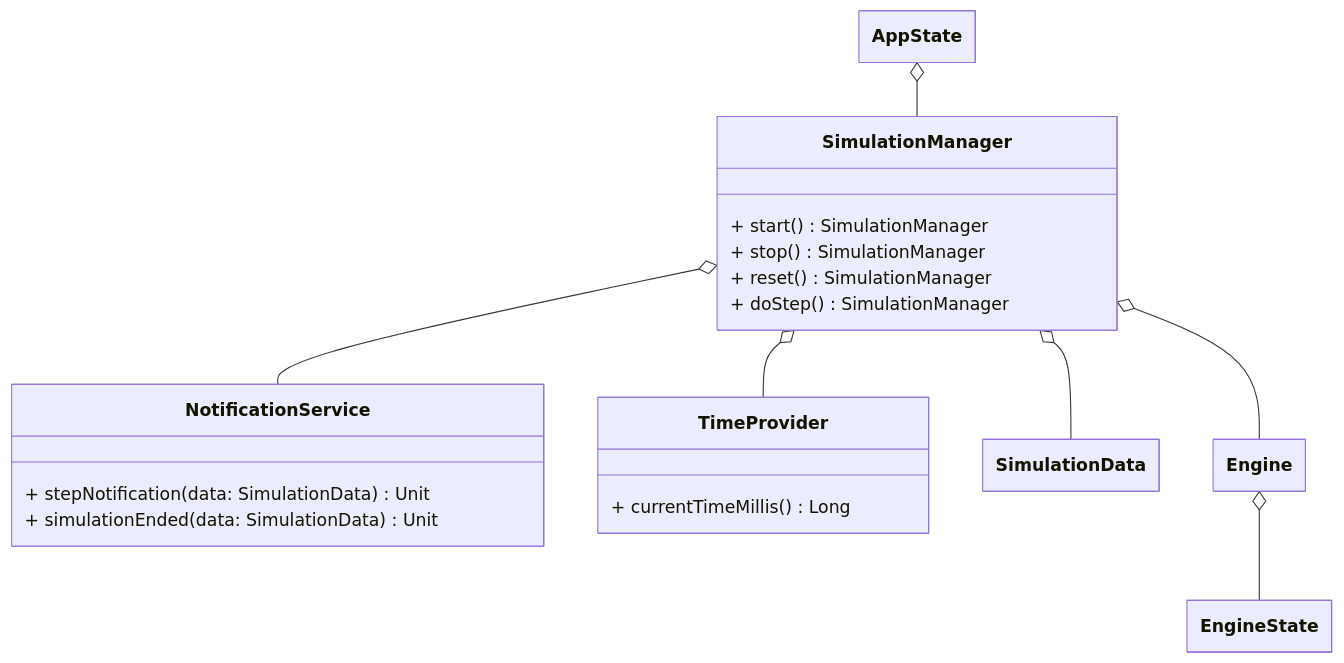
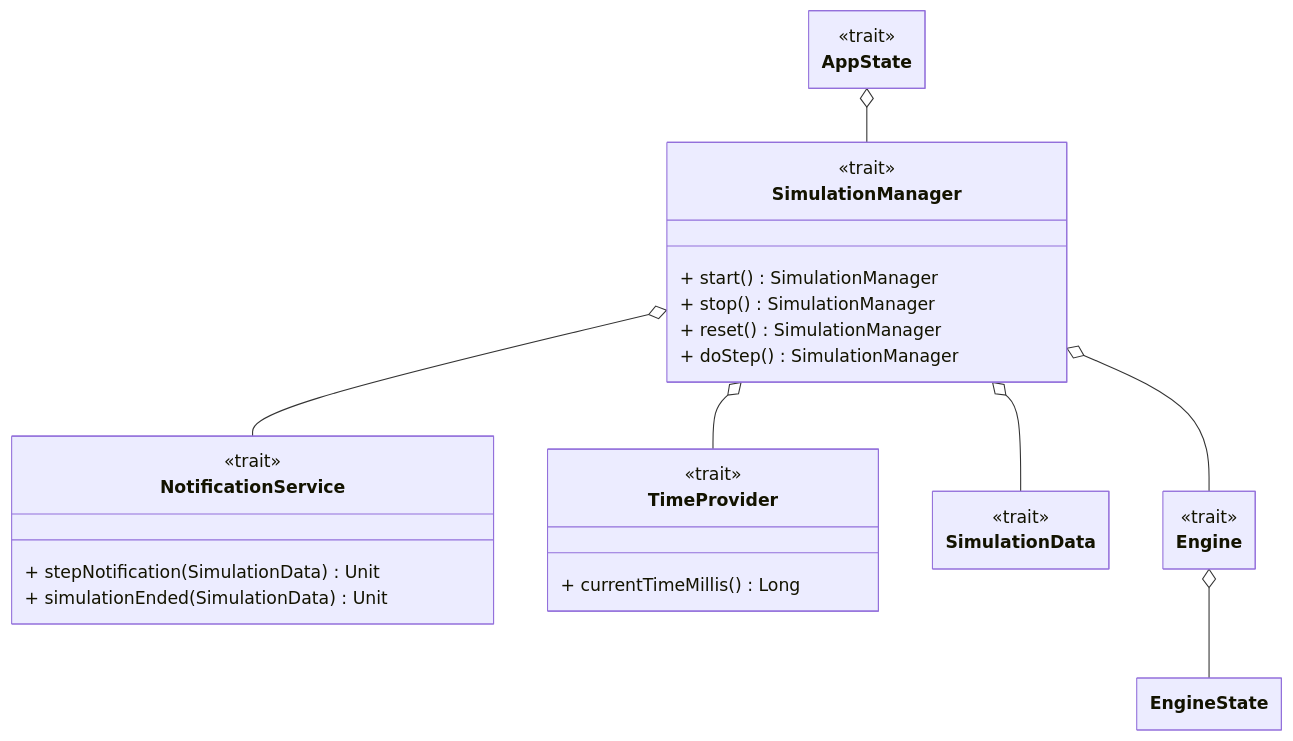
Diagram 20 of 20 in docs/report/4-details-design.md (dev-pps/pps-23-ulisse), drawn with Mermaid before and after one commit. The commit also changed other lines of this file, not shown here.

Commit message:
docs(Architecture): adjust uml

````diff
--- a/docs/report/4-details-design.md
+++ b/docs/report/4-details-design.md
@@ -976,34 +989,42 @@
 ```mermaid
 ---
 config:
     class:
       hideEmptyMembersBox: true
 ---
 classDiagram
     direction BT
     class NotificationService {
-        + stepNotification(data: SimulationData) Unit
-        + simulationEnded(data: SimulationData) Unit
+        + stepNotification(SimulationData) Unit
+        + simulationEnded(SimulationData) Unit
     }
     class TimeProvider {
         + currentTimeMillis() Long
     }
     class AppState
     class SimulationManager {
         + start() SimulationManager
         + stop() SimulationManager
         + reset() SimulationManager
         + doStep() SimulationManager
     }
 
     class SimulationData
     class Engine
 
+
+    <<trait>>NotificationService
+    <<trait>>TimeProvider 
+    <<trait>>AppState
+    <<trait>>SimulationManager
+    <<trait>>SimulationData
+    <<trait>>Engine
+
     NotificationService --o SimulationManager
     TimeProvider --o SimulationManager
     SimulationManager --o AppState
     SimulationData --o SimulationManager
     Engine --o SimulationManager
     EngineState --o Engine
 
 ```
````
